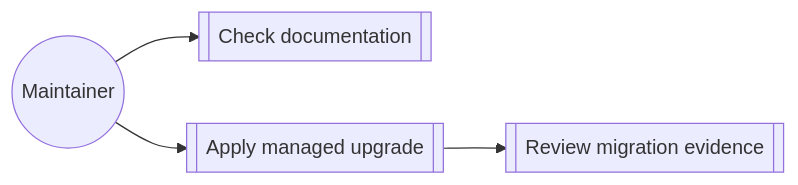
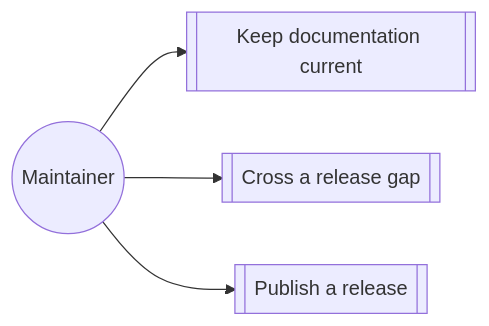
One commit to buster/givn changed the diagram in givn/specs/maintain-project/usecase.md. Above: the diagram before and after it, drawn with Mermaid. The commit also changed other lines of this file and 12 other files, not shown here.

````diff
--- a/givn/specs/maintain-project/usecase.md
+++ b/givn/specs/maintain-project/usecase.md
@@ -99,6 +78,6 @@
 ```mermaid
 flowchart LR
-  Maintainer((Maintainer)) --> Check[[Check documentation]]
-  Maintainer --> Upgrade[[Apply managed upgrade]]
-  Upgrade --> Evidence[[Review migration evidence]]
+  Maintainer((Maintainer)) --> Docs[[Keep documentation current]]
+  Maintainer --> Upgrade[[Cross a release gap]]
+  Maintainer --> Release[[Publish a release]]
 ```
````
